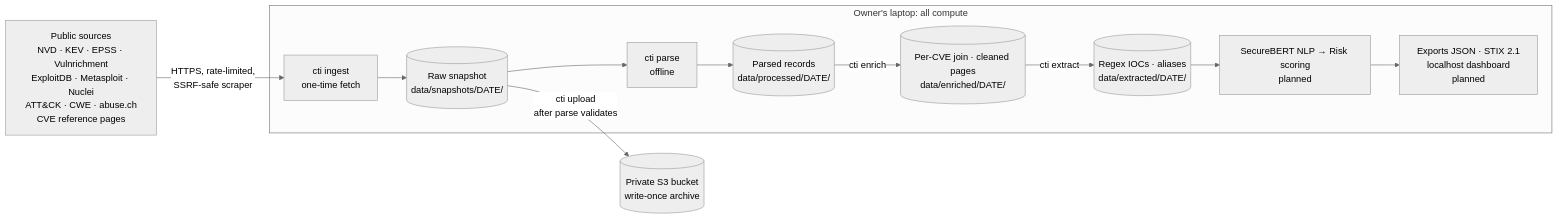
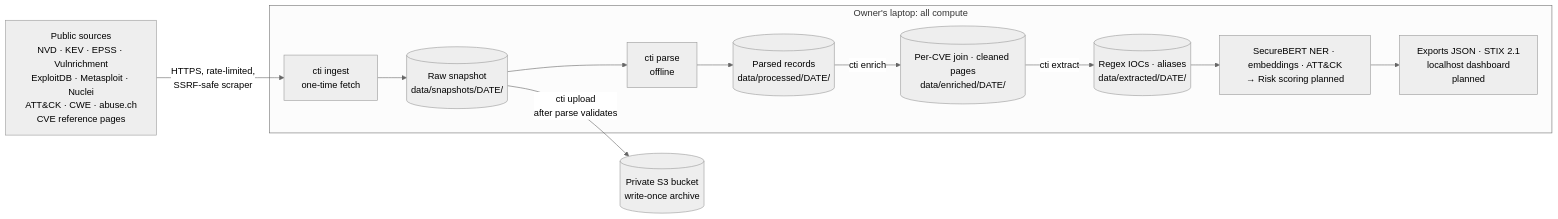
The first of 2 diagrams in docs/architecture.md (arinvandrapu/Cyber-Threat-Intelligence-System), drawn with Mermaid (neutral theme) before and after one commit. The commit also changed other lines of this file and 18 other files, not shown here.

First line of the commit message:
Phase 5b-2: SecureBERT 2.0 NER, embeddings, prior+bi-encoder ATT&CK mapping

````diff
--- a/docs/architecture.md
+++ b/docs/architecture.md
@@ -12,19 +12,19 @@
 ```mermaid
 flowchart LR
     SRC[Public sources<br/>NVD · KEV · EPSS · Vulnrichment<br/>ExploitDB · Metasploit · Nuclei<br/>ATT&CK · CWE · abuse.ch<br/>CVE reference pages]
     subgraph LAPTOP[Owner's laptop: all compute]
         ING[cti ingest<br/>one-time fetch]
         SNAP[(Raw snapshot<br/>data/snapshots/DATE/)]
         PARSE[cti parse<br/>offline]
         PROC[(Parsed records<br/>data/processed/DATE/)]
         ENR[(Per-CVE join · cleaned pages<br/>data/enriched/DATE/)]
         EXT[(Regex IOCs · aliases<br/>data/extracted/DATE/)]
-        DOWN[SecureBERT NLP → Risk scoring<br/>planned]
+        DOWN[SecureBERT NER · embeddings · ATT&CK<br/>→ Risk scoring planned]
         OUT[Exports JSON · STIX 2.1<br/>localhost dashboard<br/>planned]
     end
     S3[(Private S3 bucket<br/>write-once archive)]
 
     SRC -->|HTTPS, rate-limited,<br/>SSRF-safe scraper| ING --> SNAP
     SNAP --> PARSE --> PROC -->|cti enrich| ENR -->|cti extract| EXT --> DOWN --> OUT
     SNAP -->|cti upload<br/>after parse validates| S3
 ```
````
